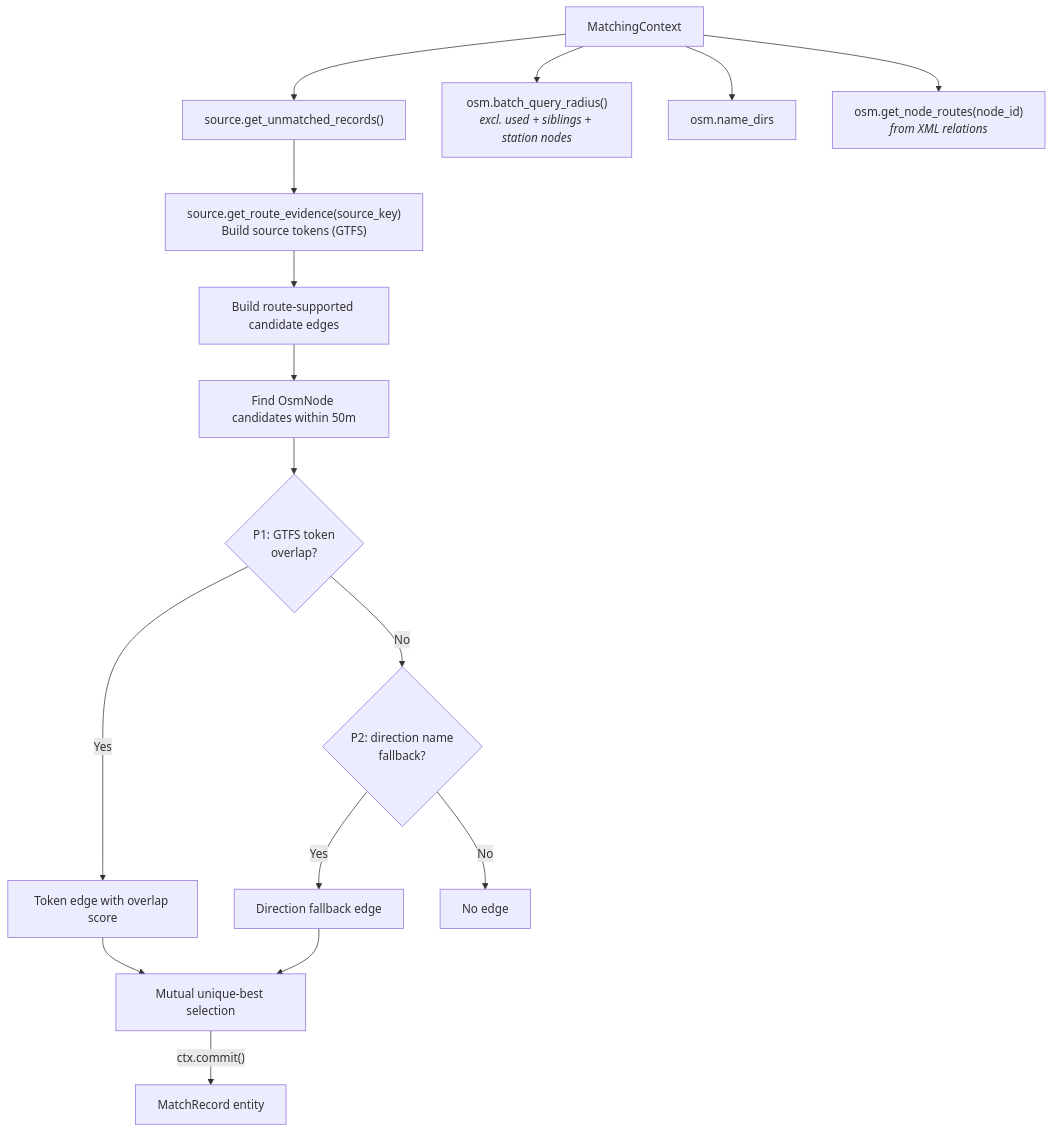
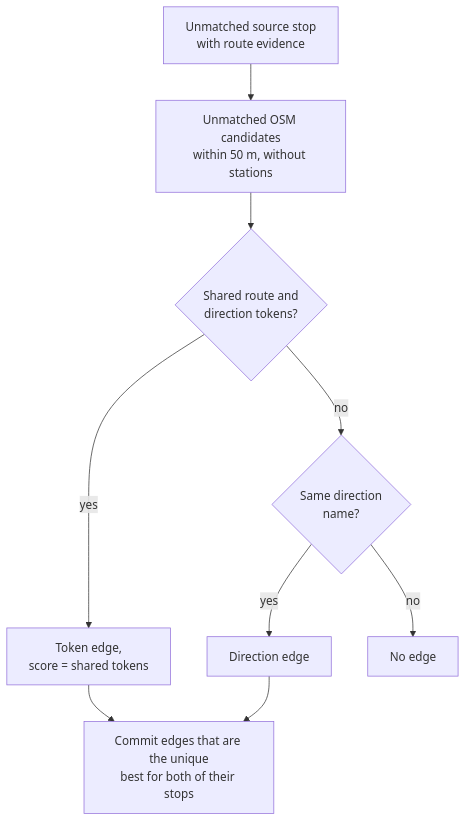
The diagram in documentation/2.3 Stop-stop matching using routes.md (openTdataCH/osm-public-transport-matcher), drawn with Mermaid before and after one commit. The commit also changed other lines of this file and 31 other files, not shown here.

````diff
--- a/documentation/2.3 Stop-stop matching using routes.md
+++ b/documentation/2.3 Stop-stop matching using routes.md
@@ -5,19 +7,11 @@
 ```mermaid
 flowchart TB
-    CTX["MatchingContext"] --> UA["source.get_unmatched_records()"]
-    CTX --> OSM["osm.batch_query_radius()<br/><i>excl. used + siblings + station nodes</i>"]
-    CTX --> DIRS["osm.name_dirs"]
-    CTX --> NR["osm.get_node_routes(node_id)<br/><i>from XML relations</i>"]
-
-    UA --> T["source.get_route_evidence(source_key)<br/>Build source tokens (GTFS)"]
-    T --> LOOP["Build route-supported candidate edges"]
-    LOOP --> C["Find OsmNode candidates within 50m"]
-    C --> P1{"P1: GTFS token<br/>overlap?"}
-    P1 -->|Yes| E1["Token edge with overlap score"]
-    P1 -->|No| P2{"P2: direction name<br/>fallback?"}
-    P2 -->|Yes| E2["Direction fallback edge"]
-    P2 -->|No| X["No edge"]
-    E1 --> S["Mutual unique-best selection"]
+    A["Unmatched source stop<br/>with route evidence"] --> C["Unmatched OSM candidates<br/>within 50 m, without stations"]
+    C --> P1{"Shared route and<br/>direction tokens?"}
+    P1 -->|"yes"| E1["Token edge,<br/>score = shared tokens"]
+    P1 -->|"no"| P2{"Same direction<br/>name?"}
+    P2 -->|"yes"| E2["Direction edge"]
+    P2 -->|"no"| X["No edge"]
+    E1 --> S["Commit edges that are the unique<br/>best for both of their stops"]
     E2 --> S
-    S -->|"ctx.commit()"| OUT["MatchRecord entity"]
 ```
````
